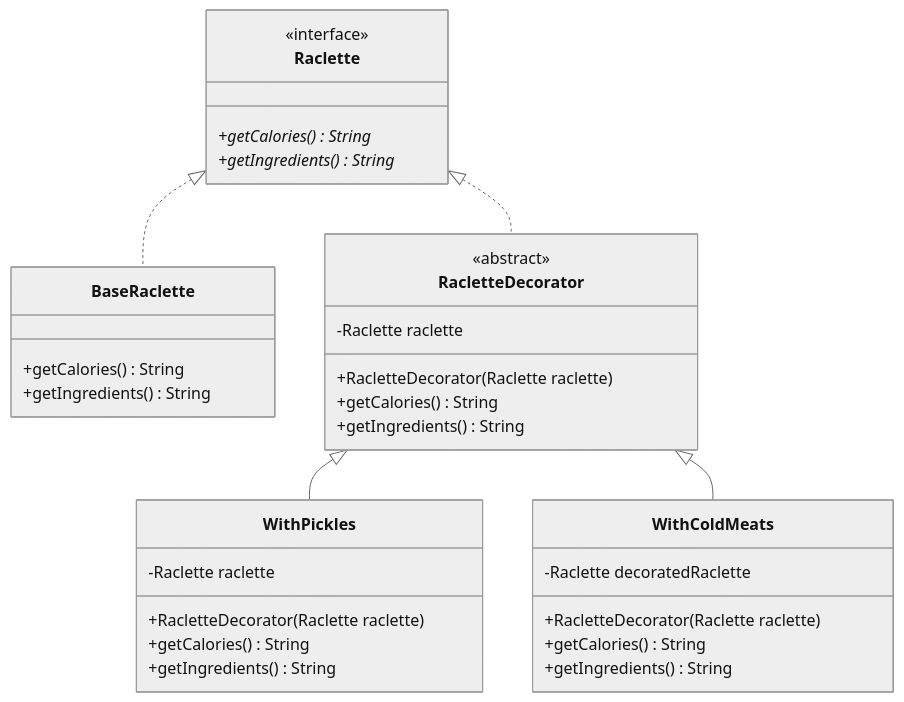
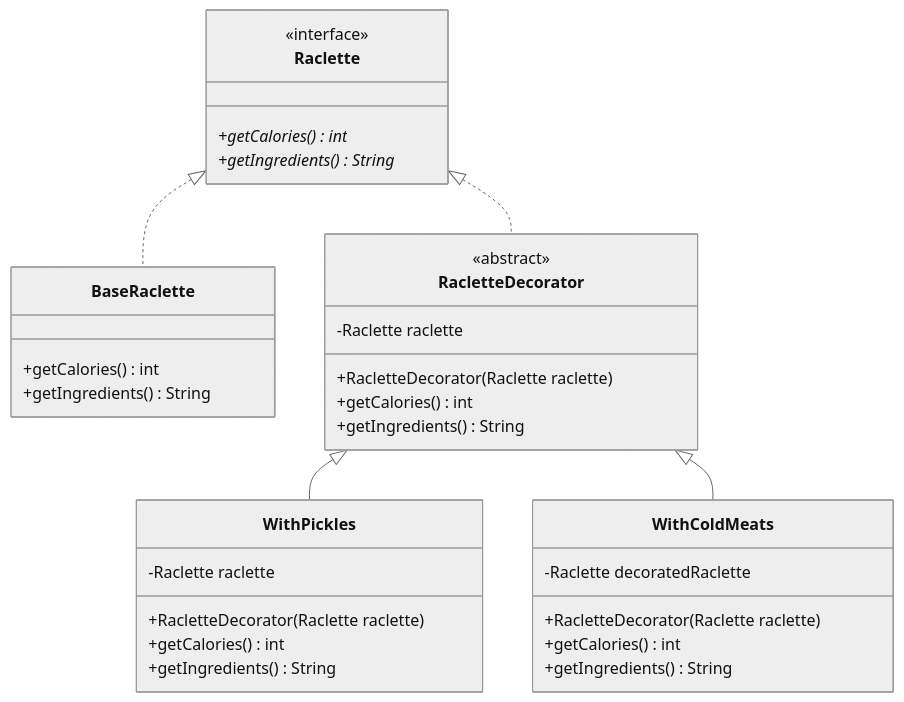
Before and after one commit to 01-edu/public: the diagram in subjects/java/piscine/Decorator/README.md, drawn with Mermaid (neutral theme).

Commit message:
fix: fix getCalories method return String -> int

````diff
--- a/subjects/java/piscine/Decorator/README.md
+++ b/subjects/java/piscine/Decorator/README.md
@@ -7,38 +7,38 @@
 ```mermaid
 classDiagram
 class Raclette {
     <<interface>>
-    +getCalories()* String
+    +getCalories()* int
     +getIngredients()* String 
 }
 class BaseRaclette {
-    +getCalories() String
+    +getCalories() int
     +getIngredients() String
 }
 class RacletteDecorator {
     <<abstract>>
     -Raclette raclette
     +RacletteDecorator(Raclette raclette)
-    +getCalories() String
+    +getCalories() int
     +getIngredients() String
 }
 class WithPickles {
     -Raclette raclette
     +RacletteDecorator(Raclette raclette)
-    +getCalories() String
+    +getCalories() int
     +getIngredients() String
 }
 class WithColdMeats {
     -Raclette decoratedRaclette
     +RacletteDecorator(Raclette raclette)
-    +getCalories() String
+    +getCalories() int
     +getIngredients() String
 }
 
 Raclette <|.. BaseRaclette
 Raclette <|.. RacletteDecorator
 RacletteDecorator <|-- WithPickles
 RacletteDecorator <|-- WithColdMeats
 
 
 ```
````
